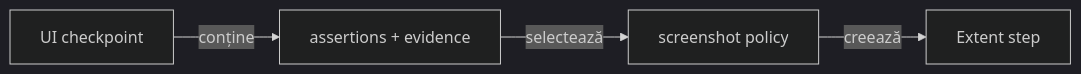
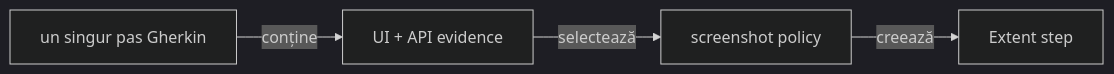
The seventh of 8 diagrams in atf-test-practice-shop/README.md (crististefanita/demo2), drawn with Mermaid (dark theme) before and after one commit. The commit also changed other lines of this file and 65 other files, not shown here.

````diff
--- a/atf-test-practice-shop/README.md
+++ b/atf-test-practice-shop/README.md
@@ -451,6 +451,6 @@
 ```mermaid
 flowchart LR
-    Checkpoint["UI checkpoint"] -->|conține| Payload["assertions + evidence"]
+    Checkpoint["un singur pas Gherkin"] -->|conține| Payload["UI + API evidence"]
     Payload -->|selectează| Capture["screenshot policy"]
     Capture -->|creează| Extent["Extent step"]
 ```
````
